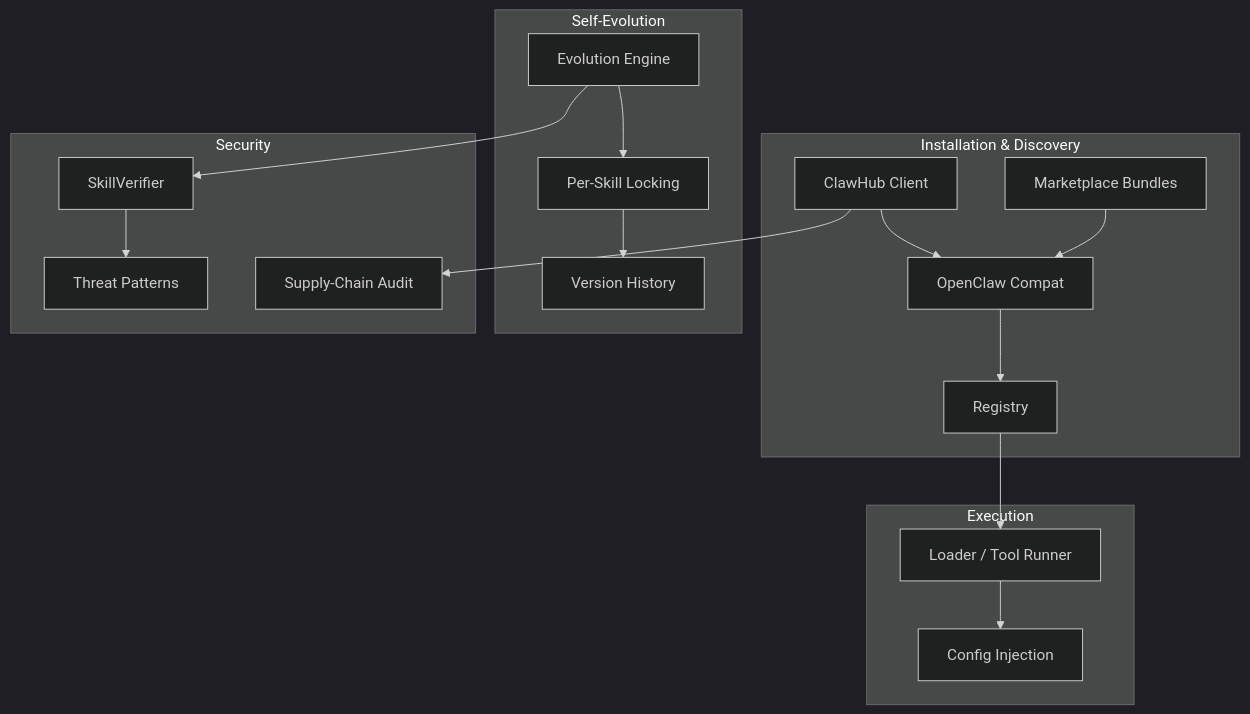
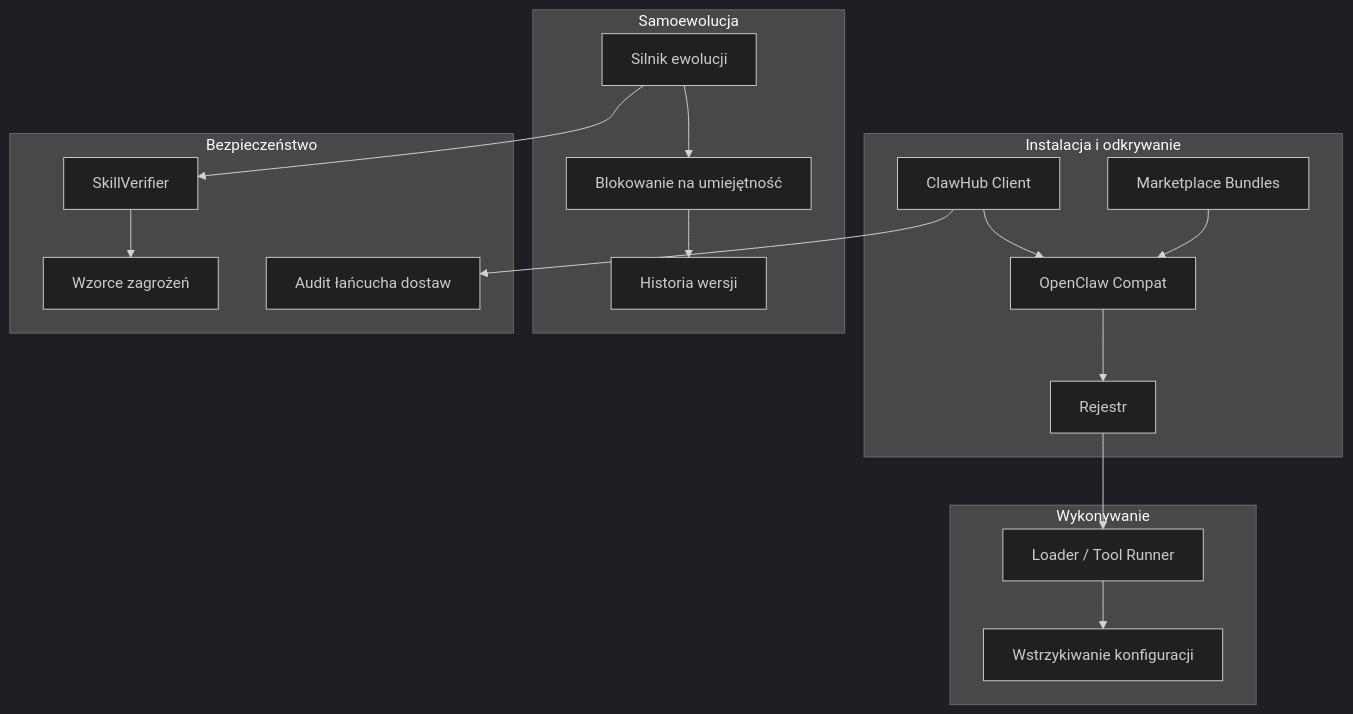
Before and after one commit to leszek3737/librefang-WIki: the first of 2 diagrams in crates-librefang-skills.md, drawn with Mermaid (dark theme). The commit also changed other lines of this file and 104 other files, not shown here.

````diff
--- a/crates-librefang-skills.md
+++ b/crates-librefang-skills.md
@@ -9,37 +9,37 @@
 ```mermaid
 graph TB
-    subgraph "Installation & Discovery"
+    subgraph "Instalacja i odkrywanie"
         CH[ClawHub Client]
         OC[OpenClaw Compat]
         MKT[Marketplace Bundles]
-        REG[Registry]
+        REG[Rejestr]
     end
 
-    subgraph "Execution"
+    subgraph "Wykonywanie"
         LDR[Loader / Tool Runner]
-        CFG[Config Injection]
+        CFG[Wstrzykiwanie konfiguracji]
     end
 
-    subgraph "Self-Evolution"
-        EVO[Evolution Engine]
-        LOCK[Per-Skill Locking]
-        VER[Version History]
+    subgraph "Samoewolucja"
+        EVO[Silnik ewolucji]
+        LOCK[Blokowanie na umiejętność]
+        VER[Historia wersji]
     end
 
-    subgraph "Security"
+    subgraph "Bezpieczeństwo"
         VR[SkillVerifier]
-        SC[Supply-Chain Audit]
-        TP[Threat Patterns]
+        SC[Audit łańcucha dostaw]
+        TP[Wzorce zagrożeń]
     end
 
     CH --> OC
     MKT --> OC
     OC --> REG
     REG --> LDR
     LDR --> CFG
     EVO --> LOCK
     LOCK --> VER
     EVO --> VR
     CH --> SC
     VR --> TP
 ```
````
